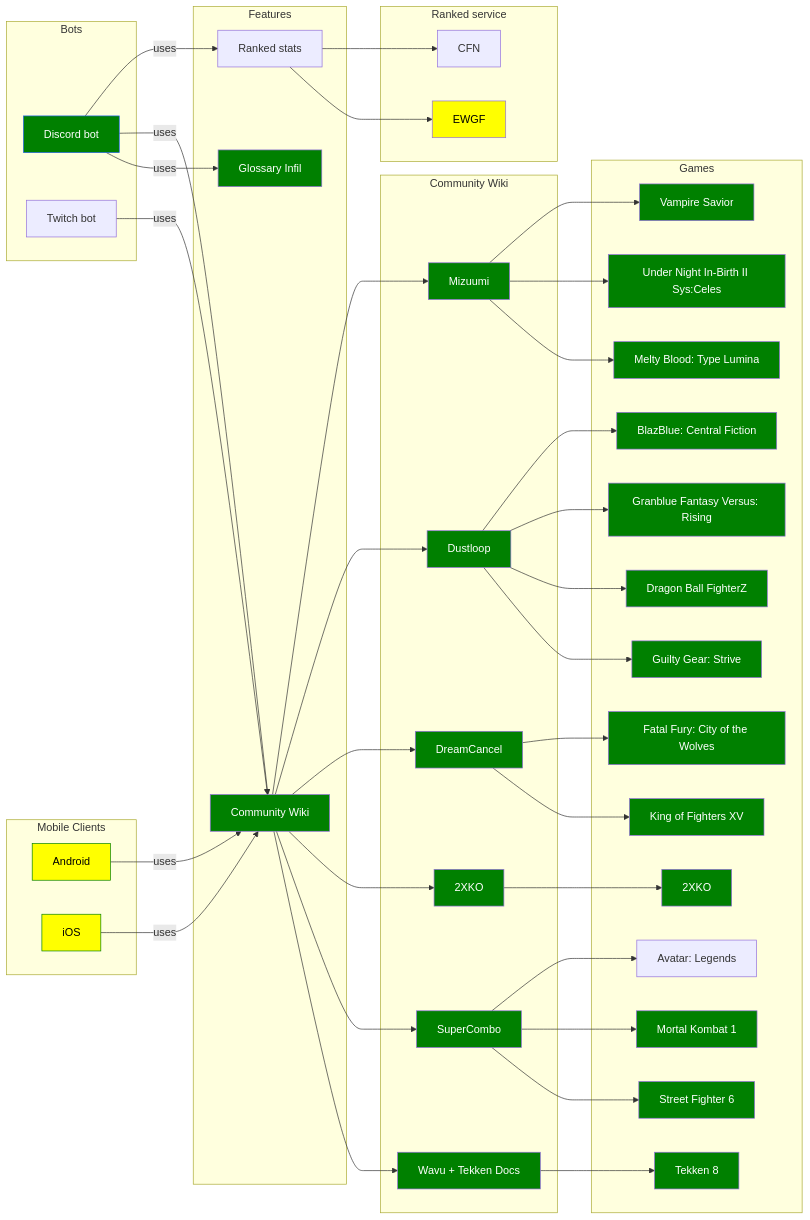
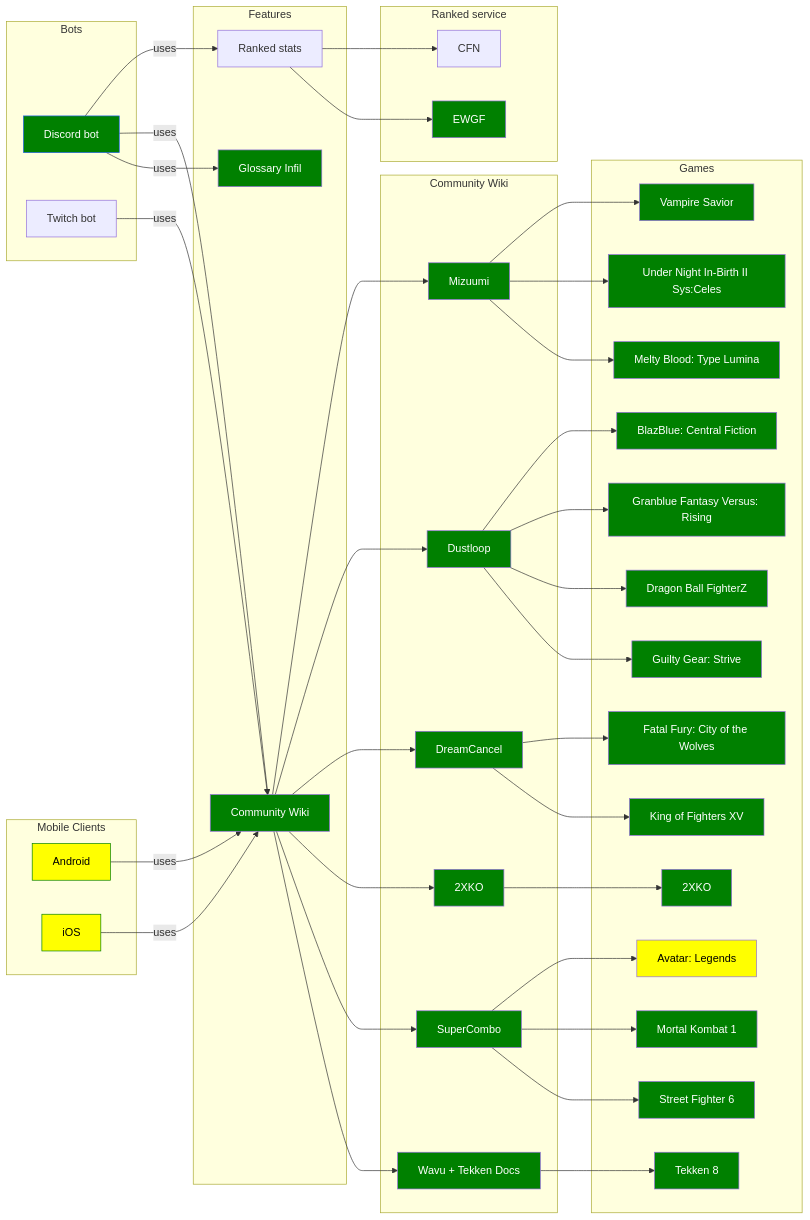
The diagram in README.md (Sophon/FightingNerd), drawn with Mermaid before and after one commit. The commit also changed 1 other file, not shown here.

Commit message:
docs (mermaid): modules

````diff
--- a/README.md
+++ b/README.md
@@ -131,5 +131,5 @@
   style uni2 fill:green, color:#fff
   style vsav fill:green, color:#fff
   style ewgf fill:green, color:#fff
-  style ewgf fill:yellow, color:#000
+  style avl fill:yellow, color:#000
   ```
````
